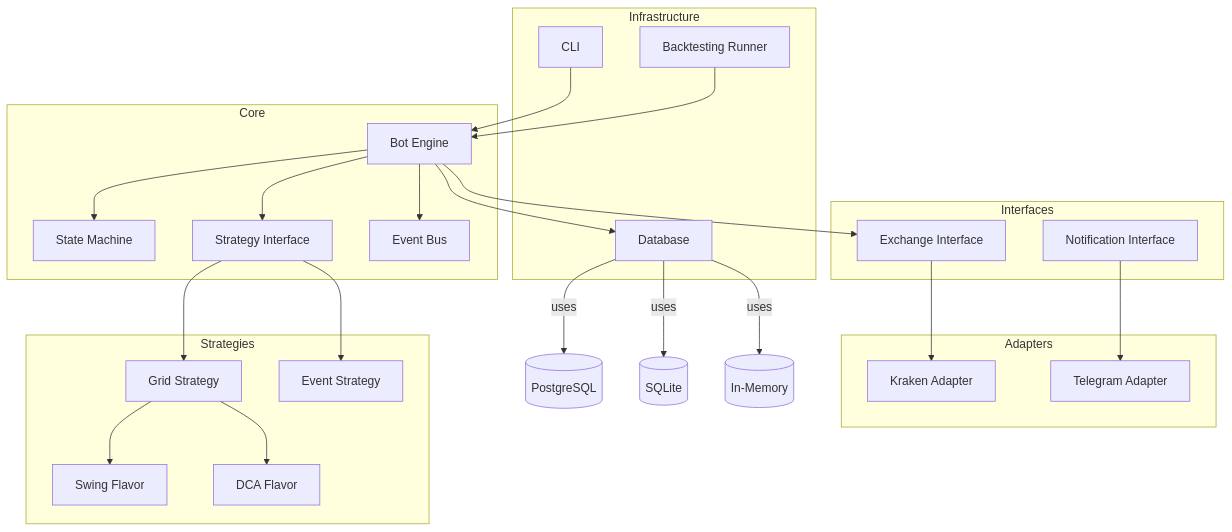
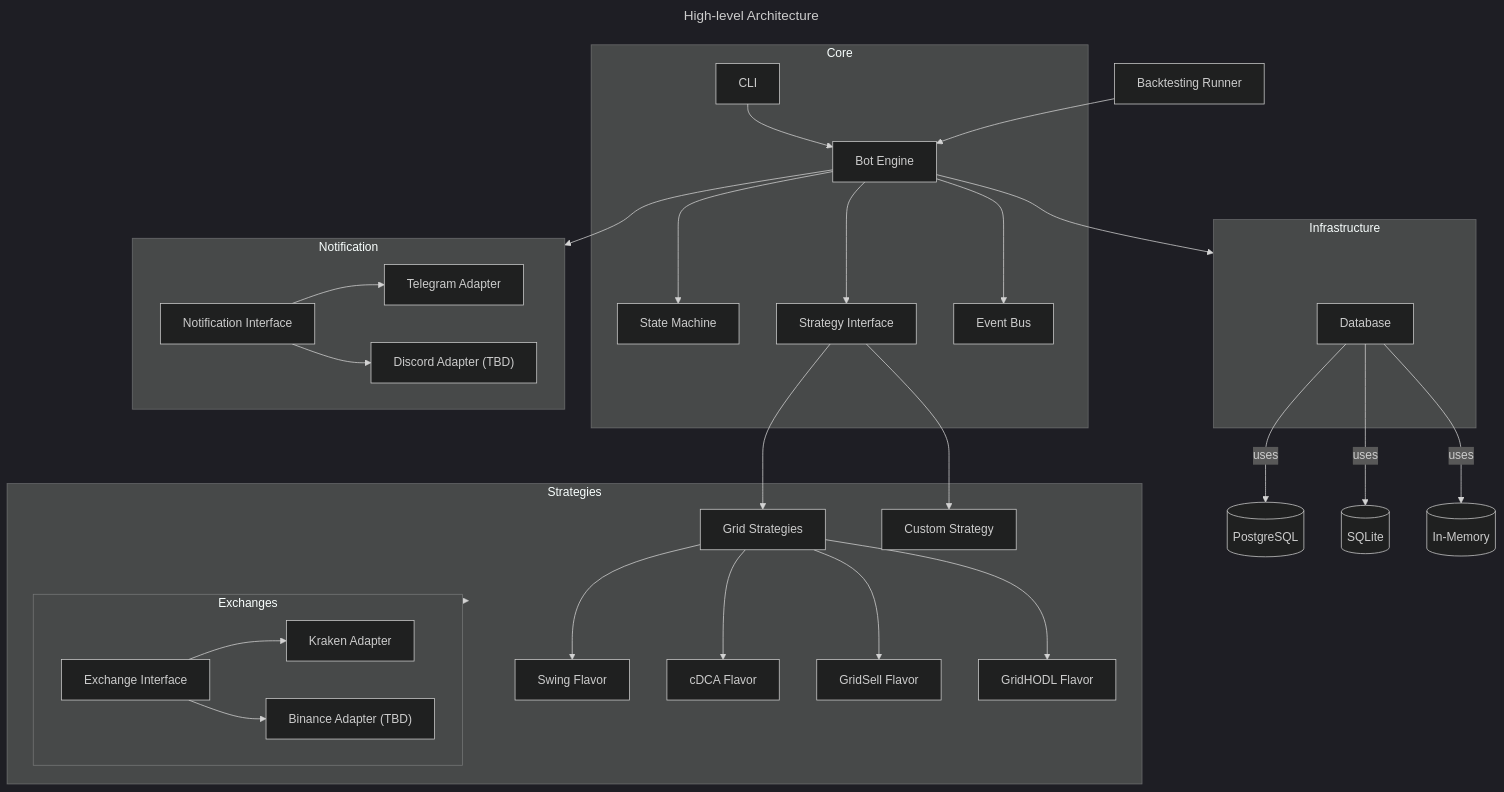
One commit to btschwertfeger/kraken-infinity-grid changed the diagram in doc/architecture.md. Above: the diagram before and after it, drawn with Mermaid. The commit also changed 1 other file, not shown here.

Commit message:
[skip ci] Some progress

````diff
--- a/doc/architecture.md
+++ b/doc/architecture.md
@@ -72,52 +72,69 @@
 ```mermaid
+---
+title: High-level Architecture
+---
+
+%%{init: {'theme':'dark'}}%%
 graph TD
   subgraph Core
+    CLI[CLI]
     BE[Bot Engine]
     SM[State Machine]
     STRIF[Strategy Interface]
     EB[Event Bus]
   end
 
-  subgraph Interfaces
-    EXIF[Exchange Interface]
-    NOTIF[Notification Interface]
-    STRIF
+  subgraph Infrastructure
+    DB[Database]
   end
 
-  subgraph Infrastructure
-    DB[Database]
-    CLI[CLI]
-    BTR[Backtesting Runner]
-  end
+  BTR[Backtesting Runner]
 
-  subgraph Adapters
-    KRA[Kraken Adapter]
+  subgraph Notification
+    NOTIF[Notification Interface]
     TGM[Telegram Adapter]
+    DISC["Discord Adapter (TBD)"]
   end
 
   subgraph Strategies
-    GRID[Grid Strategy]
-    EVENT[Event Strategy]
+    GRID[Grid Strategies]
+    EVENT[Custom Strategy]
     SWING[Swing Flavor]
-    DCA[DCA Flavor]
+    CDCA[cDCA Flavor]
+    GRIDSELL[GridSell Flavor]
+    GRIDHODL[GridHODL Flavor]
+
+    subgraph Exchanges
+      EXIF[Exchange Interface]
+      KRA[Kraken Adapter]
+      BIN["Binance Adapter (TBD)"]
+    end
   end
 
+
+  STRIF --> GRID
+  STRIF --> EVENT
+  GRID --> SWING
+  GRID --> CDCA
+  GRID --> GRIDSELL
+  GRID --> GRIDHODL
+
+  BE --> Notification
   CLI --> BE
   BTR --> BE
   BE --> SM
   BE --> STRIF
-  BE --> EXIF
-  BE --> DB
+  BE --> Infrastructure
   BE --> EB
   DB -->|uses| POSTGRES[(PostgreSQL)]
   DB -->|uses| SQLITE[(SQLite)]
   DB -->|uses| MEMORY[(In-Memory)]
 
-  STRIF --> GRID
-  STRIF --> EVENT
-  GRID --> SWING
-  GRID --> DCA
+  Exchanges --> Strategies
 
   EXIF --> KRA
+  EXIF --> BIN
   NOTIF --> TGM
+  NOTIF --> DISC
+
 ```
````
